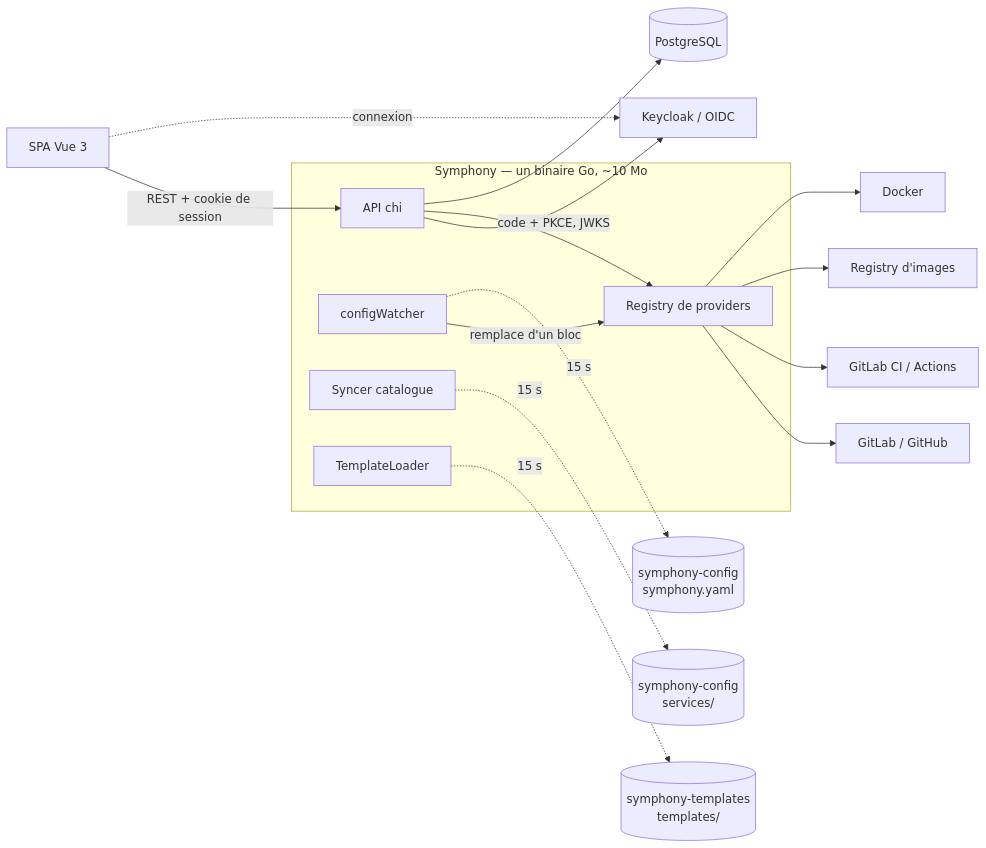
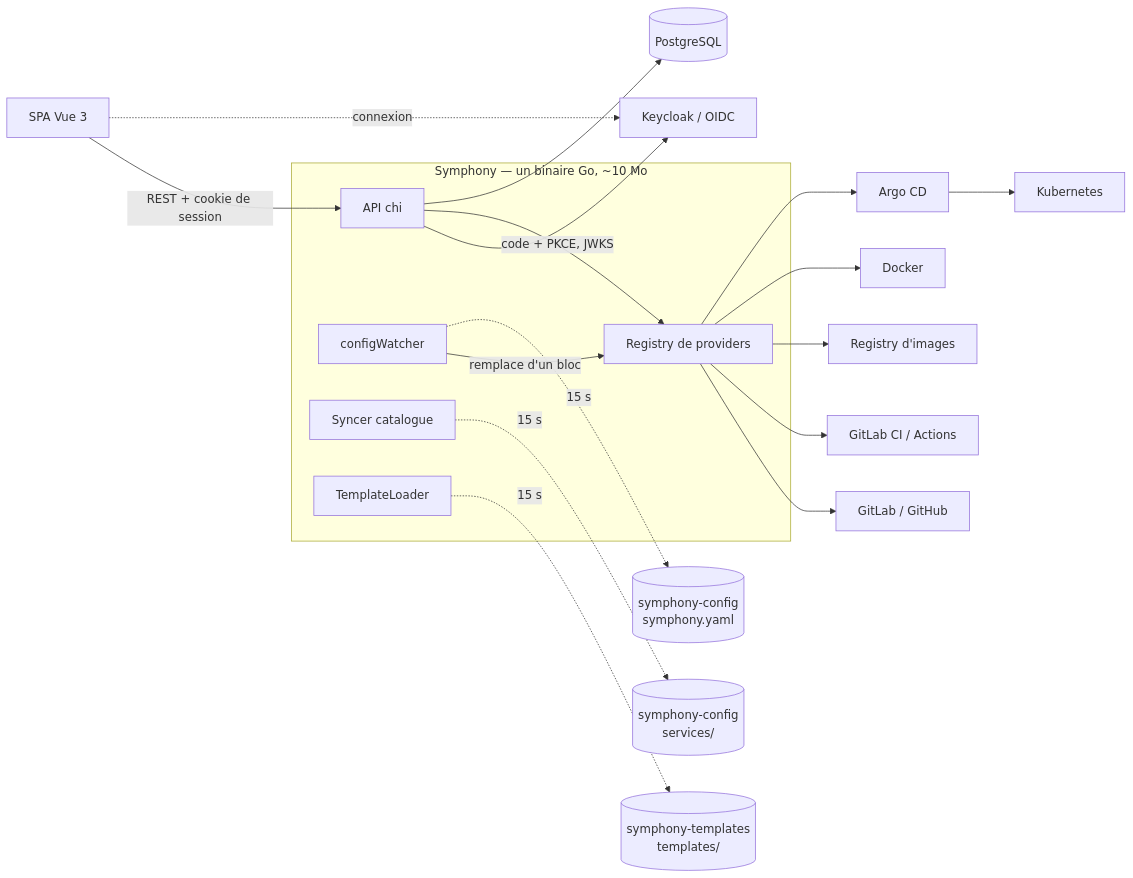
Before and after one commit to clemuscle/symphony: the diagram in README.md, drawn with Mermaid. The commit also changed other lines of this file and 19 other files, not shown here.

````diff
--- a/README.md
+++ b/README.md
@@ -49,20 +52,21 @@
 ```mermaid
 flowchart LR
   UI[SPA Vue 3] -->|REST + cookie de session| API
   UI -.->|connexion| IDP[Keycloak / OIDC]
   API -->|code + PKCE, JWKS| IDP
   subgraph Symphony["Symphony — un binaire Go, ~10 Mo"]
     API[API chi] --> REG[Registry de providers]
     W[configWatcher] -->|remplace d'un bloc| REG
     S[Syncer catalogue]
     T[TemplateLoader]
   end
   REG --> SCM[GitLab / GitHub]
   REG --> CI[GitLab CI / Actions]
   REG --> IMG[Registry d'images]
   REG --> RT[Docker]
+  REG --> ARGO[Argo CD] --> K8S[Kubernetes]
   W -. 15 s .-> CFG[(symphony-config<br/>symphony.yaml)]
   S -. 15 s .-> SVC[(symphony-config<br/>services/)]
   T -. 15 s .-> TPL[(symphony-templates<br/>templates/)]
   API --> DB[(PostgreSQL)]
 ```
````
